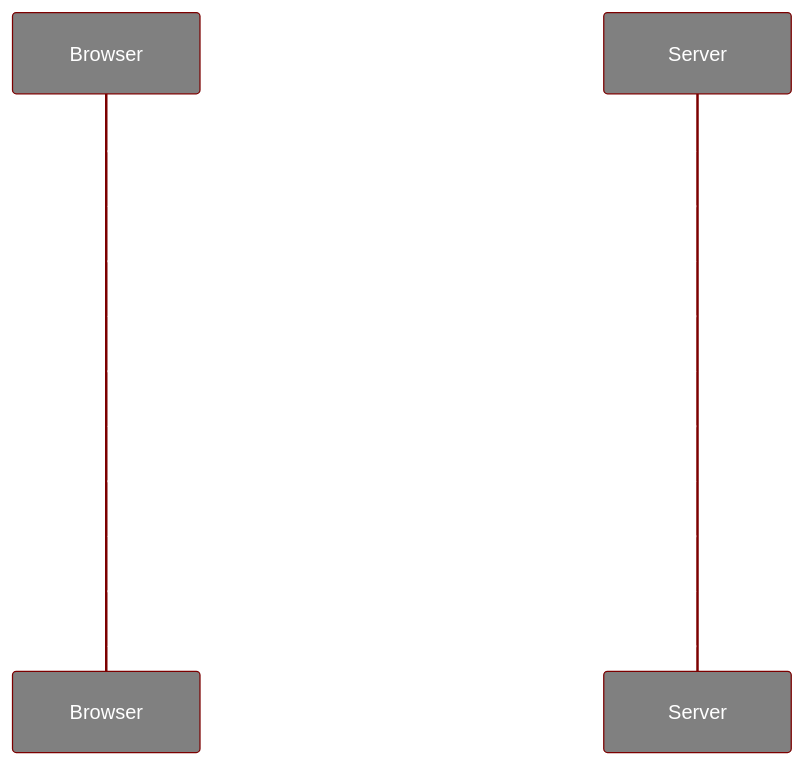
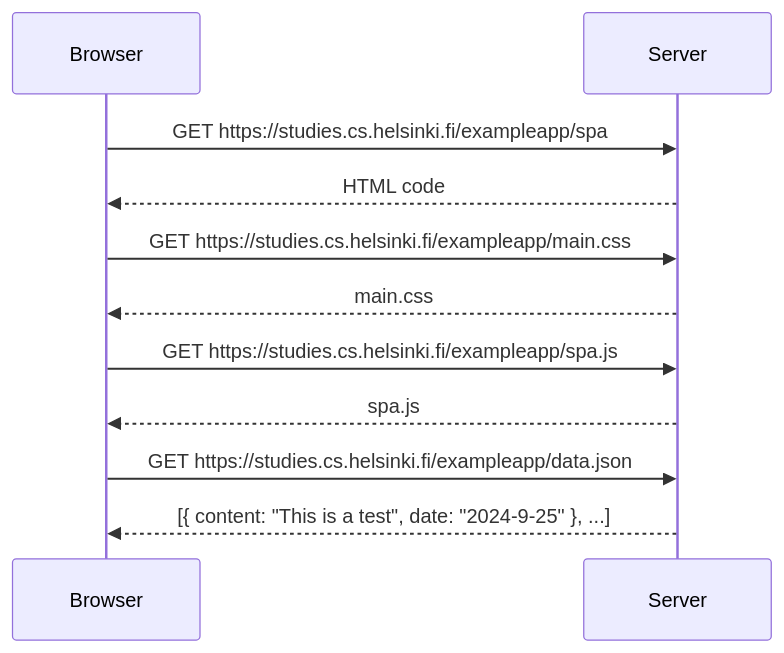
One commit to iXeCl/fullstackopen changed the diagram in Part0/exercise0.4.md. Above: the diagram before and after it, drawn with Mermaid. The commit also changed 2 other files, not shown here.

Commit message:
removed css that was causing white text which was not readable in githubs ui

````diff
--- a/Part0/exercise0.4.md
+++ b/Part0/exercise0.4.md
@@ -1,26 +1,14 @@
 ```mermaid
-%%{
-  init: {
-    'theme': 'base',
-    'themeVariables': {
-      'primaryColor': '#808080',
-      'primaryTextColor': '#fff',
-      'primaryBorderColor': '#7C0000',
-      'lineColor': '#F8B229',
-      'secondaryColor': '#006100',
-      'tertiaryColor': '#fff'
-    }
-  }
-}%%
+
 sequenceDiagram
-    Browser ->> Server: POST https://studies.cs.helsinki.fi/exampleapp/new_note
-    Server -->> Browser: 302 Found/Redirect response
-    Browser ->> Server: GET https://studies.cs.helsinki.fi/exampleapp/notes
+    Browser ->> Server: GET https://studies.cs.helsinki.fi/exampleapp/spa
     Server -->> Browser: HTML code
     Browser ->> Server: GET https://studies.cs.helsinki.fi/exampleapp/main.css
     Server -->> Browser: main.css
-    Browser ->> Server: GET https://studies.cs.helsinki.fi/exampleapp/main.js
-    Server -->> Browser: main.js
+    Browser ->> Server: GET https://studies.cs.helsinki.fi/exampleapp/spa.js
+    Server -->> Browser: spa.js
     Browser ->> Server: GET https://studies.cs.helsinki.fi/exampleapp/data.json
     Server -->> Browser: [{ content: "This is a test", date: "2024-9-25" }, ...]
+
+    
 ```
````
